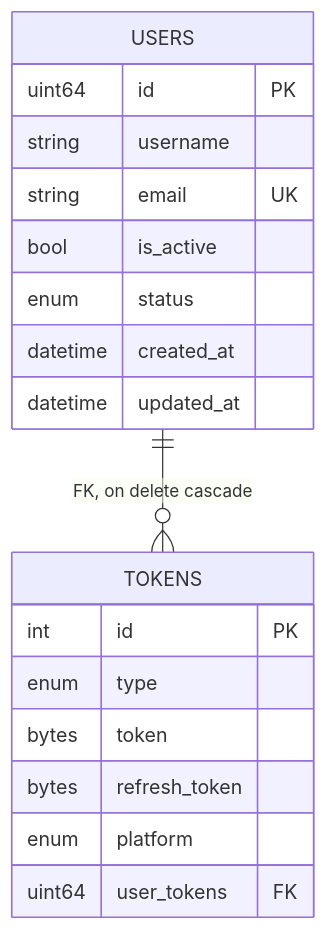
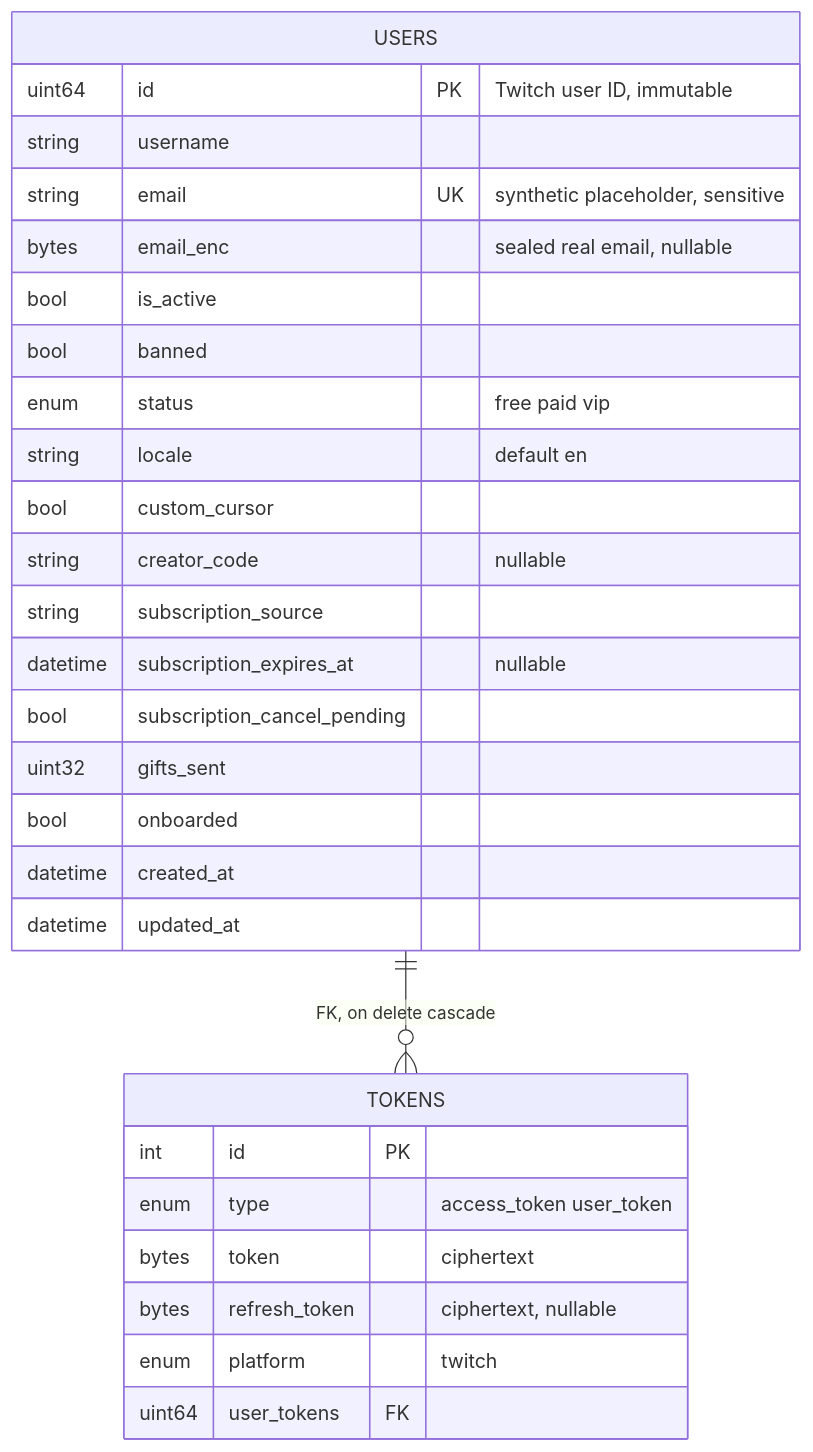
Before and after one commit to AdamOusmer/ItsBagelBot: the second of 7 diagrams in docs/src/content/docs/data-and-state/database.md, drawn with Mermaid. The commit also changed other lines of this file and 27 other files, not shown here.

````diff
--- a/docs/src/content/docs/data-and-state/database.md
+++ b/docs/src/content/docs/data-and-state/database.md
@@ -82,21 +122,31 @@
 ```mermaid
 erDiagram
     USERS ||--o{ TOKENS : "FK, on delete cascade"
     USERS {
-        uint64 id PK
+        uint64 id PK "Twitch user ID, immutable"
         string username
-        string email UK
+        string email UK "synthetic placeholder, sensitive"
+        bytes email_enc "sealed real email, nullable"
         bool is_active
-        enum status
+        bool banned
+        enum status "free paid vip"
+        string locale "default en"
+        bool custom_cursor
+        string creator_code "nullable"
+        string subscription_source
+        datetime subscription_expires_at "nullable"
+        bool subscription_cancel_pending
+        uint32 gifts_sent
+        bool onboarded
         datetime created_at
         datetime updated_at
     }
     TOKENS {
         int id PK
-        enum type
-        bytes token
-        bytes refresh_token
-        enum platform
+        enum type "access_token user_token"
+        bytes token "ciphertext"
+        bytes refresh_token "ciphertext, nullable"
+        enum platform "twitch"
         uint64 user_tokens FK
     }
 ```
````
